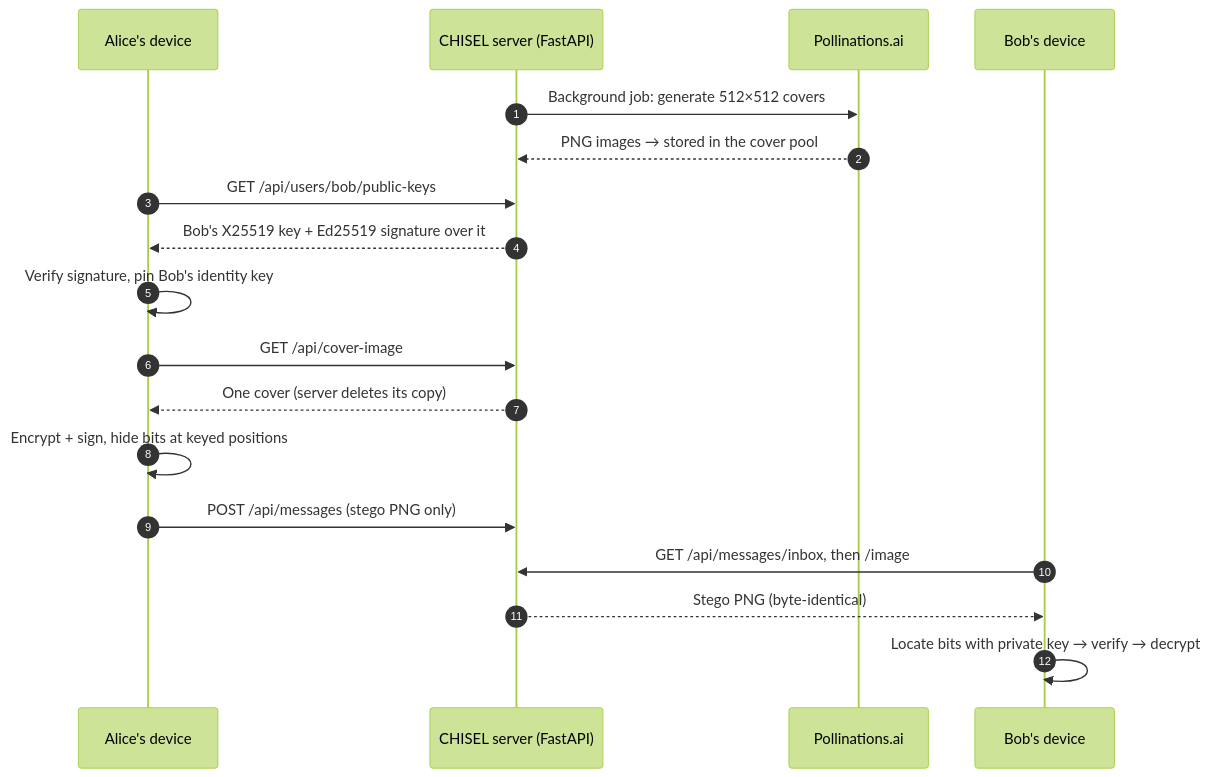
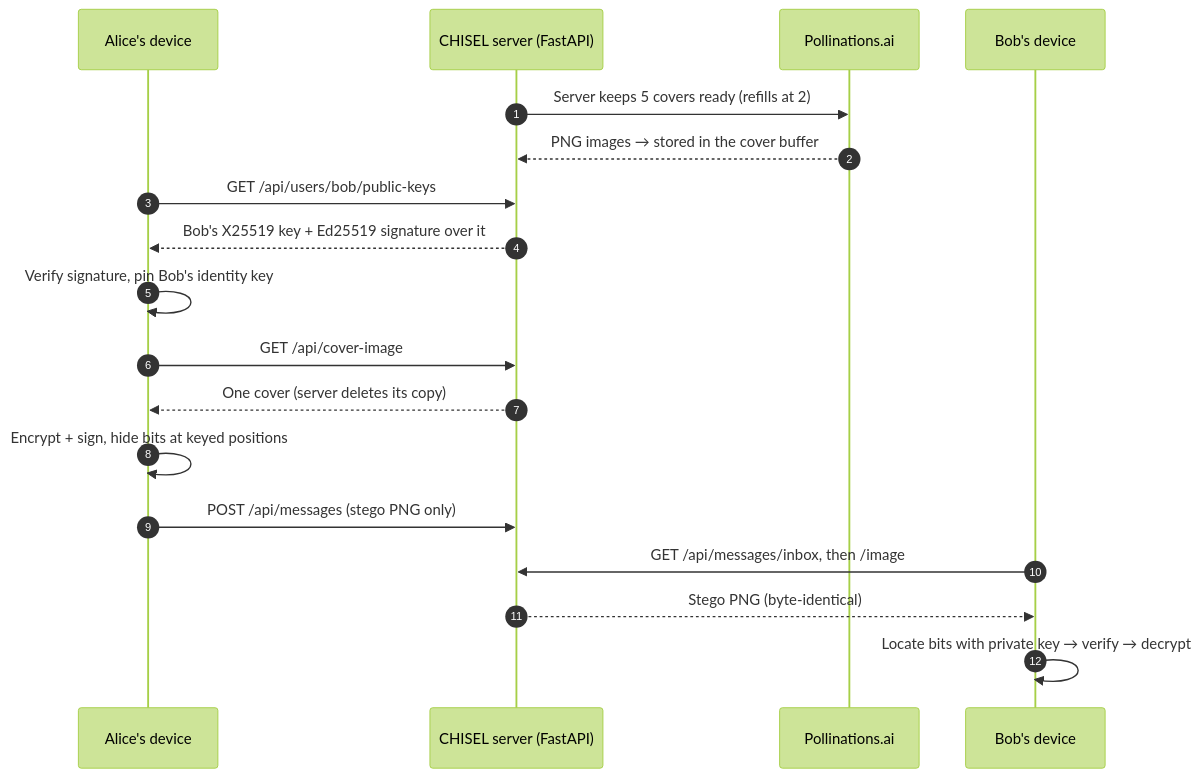
Before and after one commit to DivyanshKVerma/chisel-msg: the diagram in README.md, drawn with Mermaid (forest theme). The commit also changed other lines of this file and 126 other files, not shown here.

````diff
--- a/README.md
+++ b/README.md
@@ -46,21 +146,21 @@
 ```mermaid
 sequenceDiagram
     autonumber
     participant A as Alice's device
     participant S as CHISEL server (FastAPI)
     participant P as Pollinations.ai
     participant B as Bob's device
 
-    S->>P: Background job: generate 512×512 covers
-    P-->>S: PNG images → stored in the cover pool
+    S->>P: Server keeps 5 covers ready (refills at 2)
+    P-->>S: PNG images → stored in the cover buffer
     A->>S: GET /api/users/bob/public-keys
     S-->>A: Bob's X25519 key + Ed25519 signature over it
     A->>A: Verify signature, pin Bob's identity key
     A->>S: GET /api/cover-image
     S-->>A: One cover (server deletes its copy)
     A->>A: Encrypt + sign, hide bits at keyed positions
     A->>S: POST /api/messages (stego PNG only)
     B->>S: GET /api/messages/inbox, then /image
     S-->>B: Stego PNG (byte-identical)
     B->>B: Locate bits with private key → verify → decrypt
 ```
````
